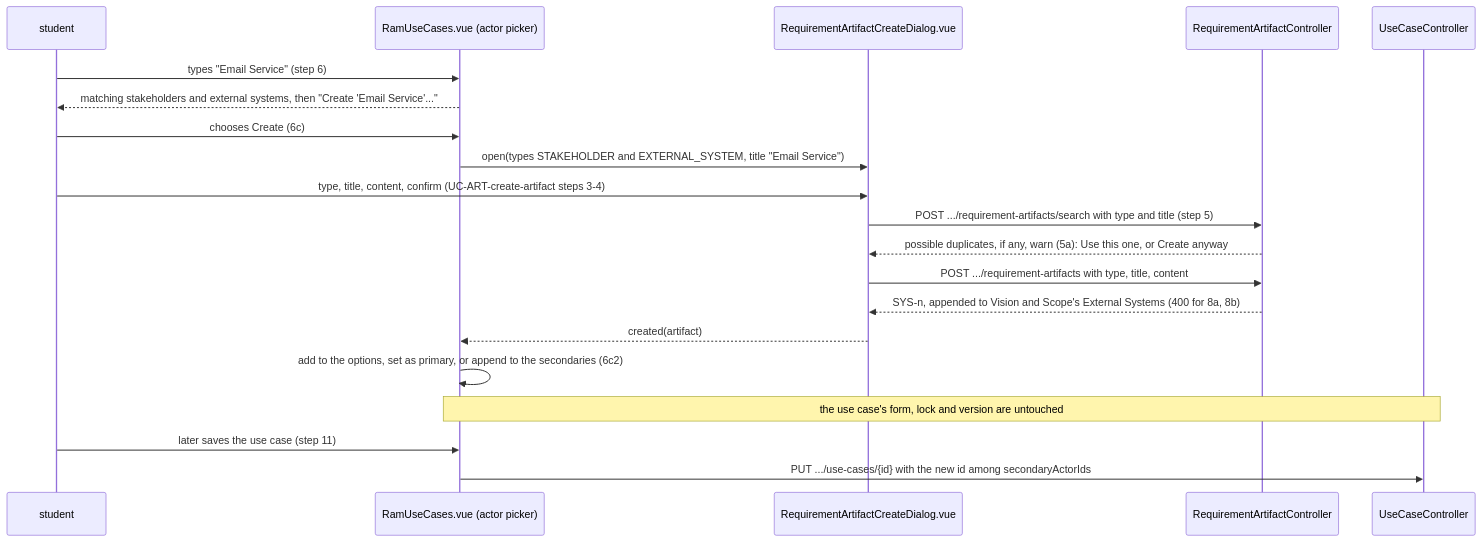
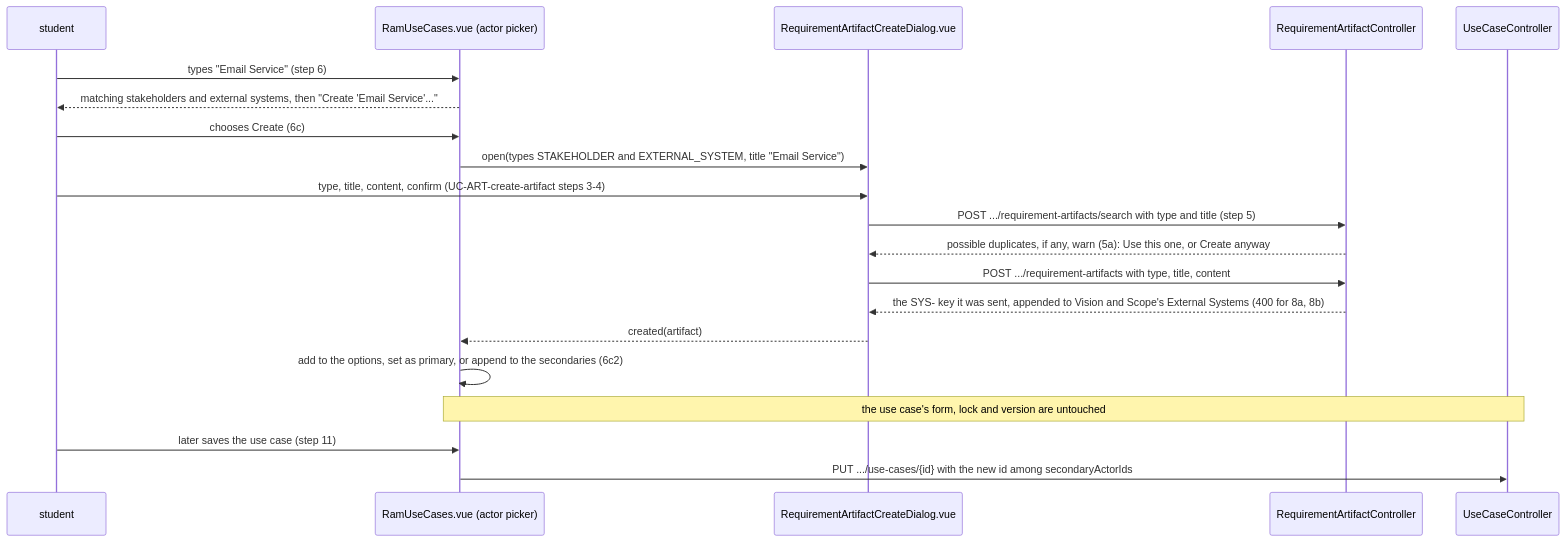
One commit to Washingtonwei/project-pulse changed the seventh of 11 diagrams in docs/design/doc.md. Above: the diagram before and after it, drawn with Mermaid. The commit also changed other lines of this file and 4 other files, not shown here.

````diff
--- a/docs/design/doc.md
+++ b/docs/design/doc.md
@@ -333,22 +333,22 @@
 ```mermaid
 sequenceDiagram
     participant S as student
     participant P as RamUseCases.vue (actor picker)
     participant D as RequirementArtifactCreateDialog.vue
     participant A as RequirementArtifactController
     participant U as UseCaseController
     S->>P: types "Email Service" (step 6)
     P-->>S: matching stakeholders and external systems, then "Create 'Email Service'..."
     S->>P: chooses Create (6c)
     P->>D: open(types STAKEHOLDER and EXTERNAL_SYSTEM, title "Email Service")
     S->>D: type, title, content, confirm (UC-ART-create-artifact steps 3-4)
     D->>A: POST .../requirement-artifacts/search with type and title (step 5)
     A-->>D: possible duplicates, if any, warn (5a): Use this one, or Create anyway
     D->>A: POST .../requirement-artifacts with type, title, content
-    A-->>D: SYS-n, appended to Vision and Scope's External Systems (400 for 8a, 8b)
+    A-->>D: the SYS- key it was sent, appended to Vision and Scope's External Systems (400 for 8a, 8b)
     D-->>P: created(artifact)
     P->>P: add to the options, set as primary, or append to the secondaries (6c2)
     Note over P,U: the use case's form, lock and version are untouched
     S->>P: later saves the use case (step 11)
     P->>U: PUT .../use-cases/{id} with the new id among secondaryActorIds
 ```
````
